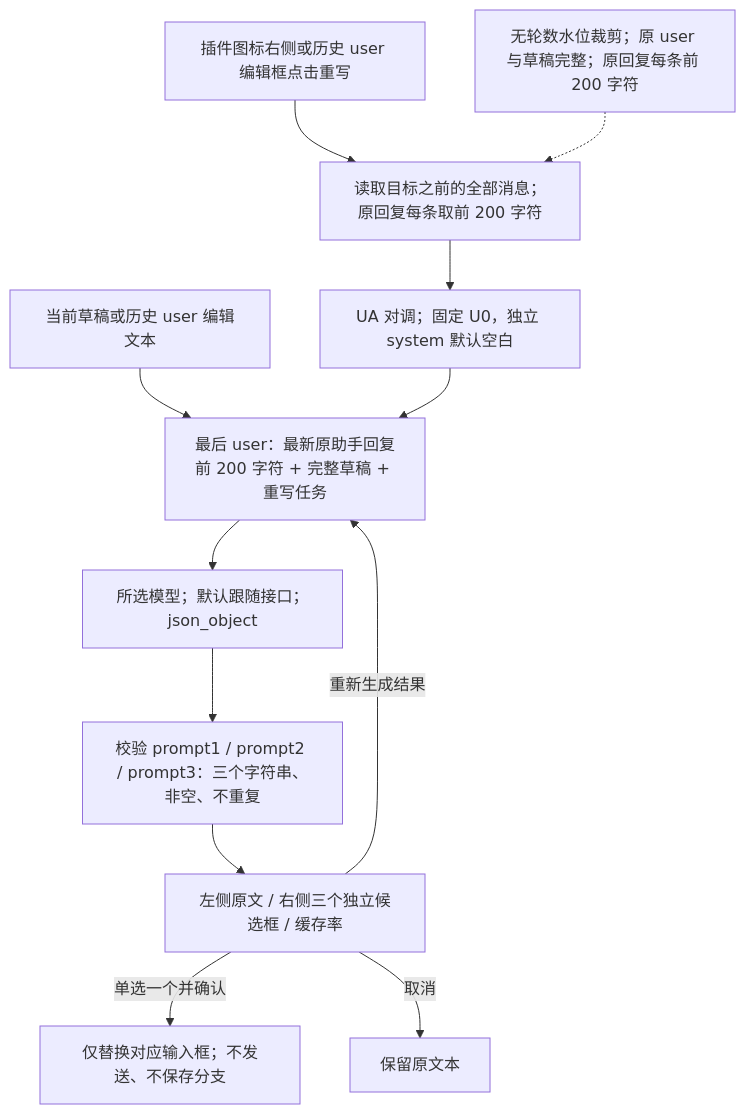
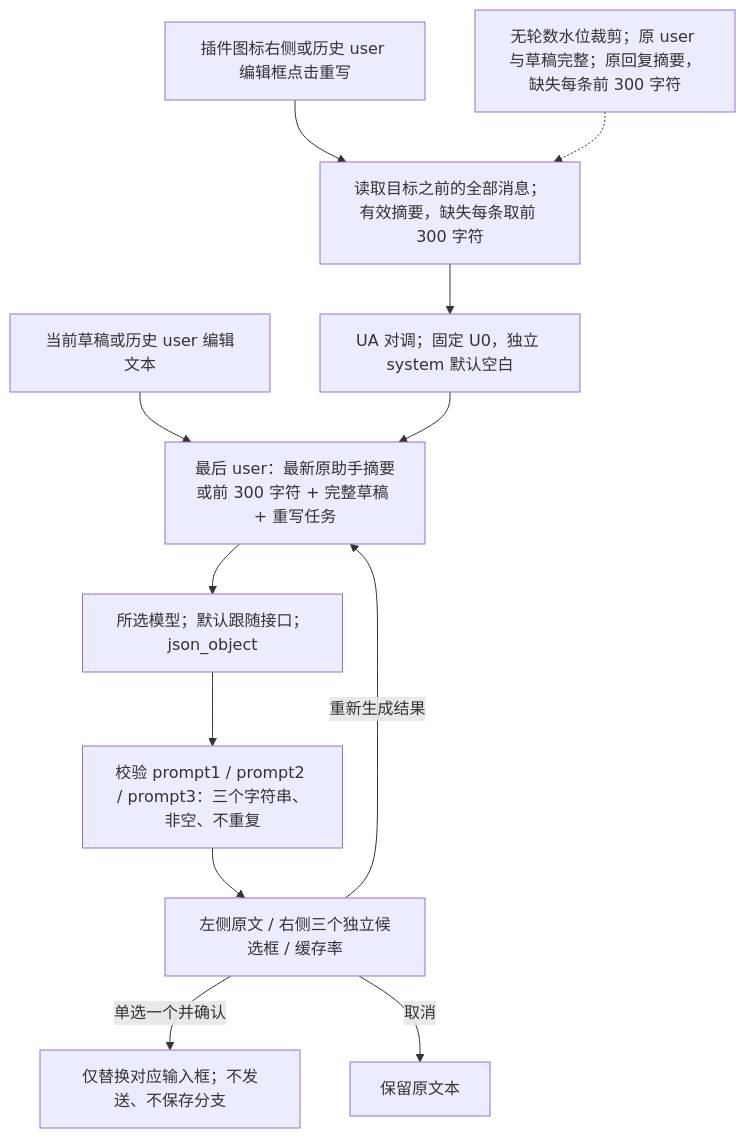
Before and after one commit to ccawmiku/workers-chat: the sixth of 8 diagrams in docs/PLUGINS.md, drawn with Mermaid. The commit also changed other lines of this file and 32 other files, not shown here.

````diff
--- a/docs/PLUGINS.md
+++ b/docs/PLUGINS.md
@@ -306,14 +306,14 @@
 ```mermaid
 flowchart TD
-    Click[插件图标右侧或历史 user 编辑框点击重写] --> History[读取目标之前的全部消息；原回复每条取前 200 字符]
+    Click[插件图标右侧或历史 user 编辑框点击重写] --> History[读取目标之前的全部消息；有效摘要，缺失每条取前 300 字符]
     History --> Swap[UA 对调；固定 U0，独立 system 默认空白]
-    Draft[当前草稿或历史 user 编辑文本] --> Tail[最后 user：最新原助手回复前 200 字符 + 完整草稿 + 重写任务]
+    Draft[当前草稿或历史 user 编辑文本] --> Tail[最后 user：最新原助手摘要或前 300 字符 + 完整草稿 + 重写任务]
     Swap --> Tail
     Tail --> Model[所选模型；默认跟随接口；json_object]
     Model --> Validate[校验 prompt1 / prompt2 / prompt3：三个字符串、非空、不重复]
     Validate --> Review[左侧原文 / 右侧三个独立候选框 / 缓存率]
     Review -->|重新生成结果| Tail
     Review -->|单选一个并确认| Replace[仅替换对应输入框；不发送、不保存分支]
     Review -->|取消| Keep[保留原文本]
-    Water[无轮数水位裁剪；原 user 与草稿完整；原回复每条前 200 字符] -.-> History
+    Water[无轮数水位裁剪；原 user 与草稿完整；原回复摘要，缺失每条前 300 字符] -.-> History
 ```
````
